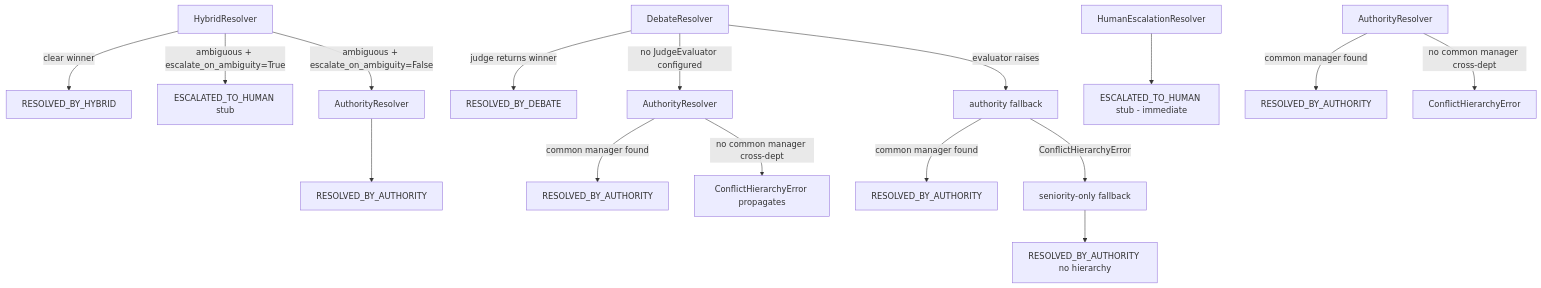
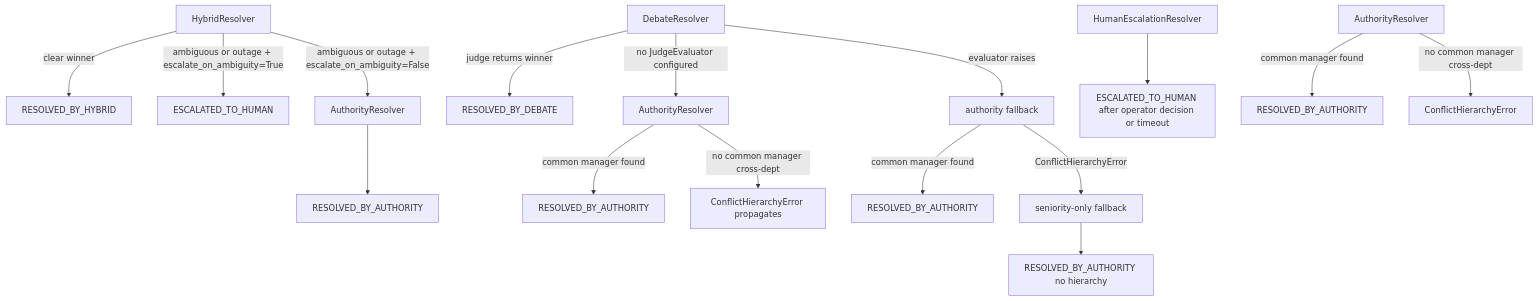
The diagram in docs/research/multi-agent-failure-audit.md (Aureliolo/synthorg), drawn with Mermaid before and after one commit. The commit also changed other lines of this file and 42 other files, not shown here.

````diff
--- a/docs/research/multi-agent-failure-audit.md
+++ b/docs/research/multi-agent-failure-audit.md
@@ -187,24 +189,24 @@
 ```mermaid
 flowchart TD
     HR[HybridResolver]
     HR -->|clear winner| RH[RESOLVED_BY_HYBRID]
-    HR -->|ambiguous + escalate_on_ambiguity=True| EH1[ESCALATED_TO_HUMAN stub]
-    HR -->|ambiguous + escalate_on_ambiguity=False| AR1[AuthorityResolver]
+    HR -->|ambiguous or outage + escalate_on_ambiguity=True| EH1[ESCALATED_TO_HUMAN]
+    HR -->|ambiguous or outage + escalate_on_ambiguity=False| AR1[AuthorityResolver]
     AR1 --> RA1[RESOLVED_BY_AUTHORITY]
 
     DR[DebateResolver]
     DR -->|judge returns winner| RD[RESOLVED_BY_DEBATE]
     DR -->|no JudgeEvaluator configured| AR2[AuthorityResolver]
     DR -->|evaluator raises| AFB[authority fallback]
     AR2 -->|common manager found| RA2[RESOLVED_BY_AUTHORITY]
     AR2 -->|no common manager cross-dept| CHE2[ConflictHierarchyError propagates]
     AFB -->|common manager found| RA4[RESOLVED_BY_AUTHORITY]
     AFB -->|ConflictHierarchyError| SF[seniority-only fallback]
     SF --> RA5[RESOLVED_BY_AUTHORITY no hierarchy]
 
-    HE[HumanEscalationResolver] --> EH2[ESCALATED_TO_HUMAN stub - immediate]
+    HE[HumanEscalationResolver] --> EH2[ESCALATED_TO_HUMAN after operator decision or timeout]
 
     AR[AuthorityResolver]
     AR -->|common manager found| RA3[RESOLVED_BY_AUTHORITY]
     AR -->|no common manager cross-dept| CHE[ConflictHierarchyError]
 ```
````
